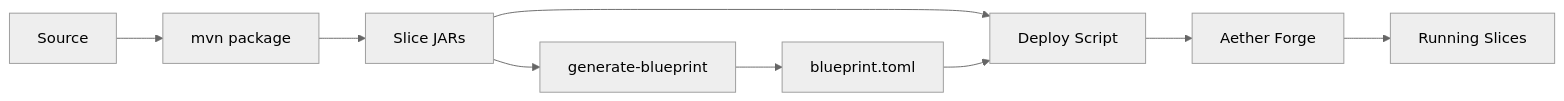
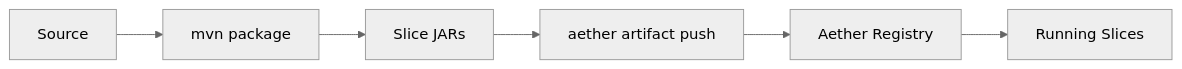
Before and after one commit to pragmaticalabs/pragmatica: the second of 2 diagrams in docs/slice-developers/deployment.md, drawn with Mermaid (neutral theme). The commit also changed other lines of this file and 3 other files, not shown here.

````diff
--- a/docs/slice-developers/deployment.md
+++ b/docs/slice-developers/deployment.md
@@ -7,11 +21,8 @@
 ```mermaid
 flowchart LR
     A[Source] --> B[mvn package]
     B --> C[Slice JARs]
-    C --> D[generate-blueprint]
-    D --> E[blueprint.toml]
-    C --> F[Deploy Script]
-    E --> F
-    F --> G[Aether Forge]
-    G --> H[Running Slices]
+    C --> D[aether artifact push]
+    D --> E[Aether Registry]
+    E --> F[Running Slices]
 ```
````
